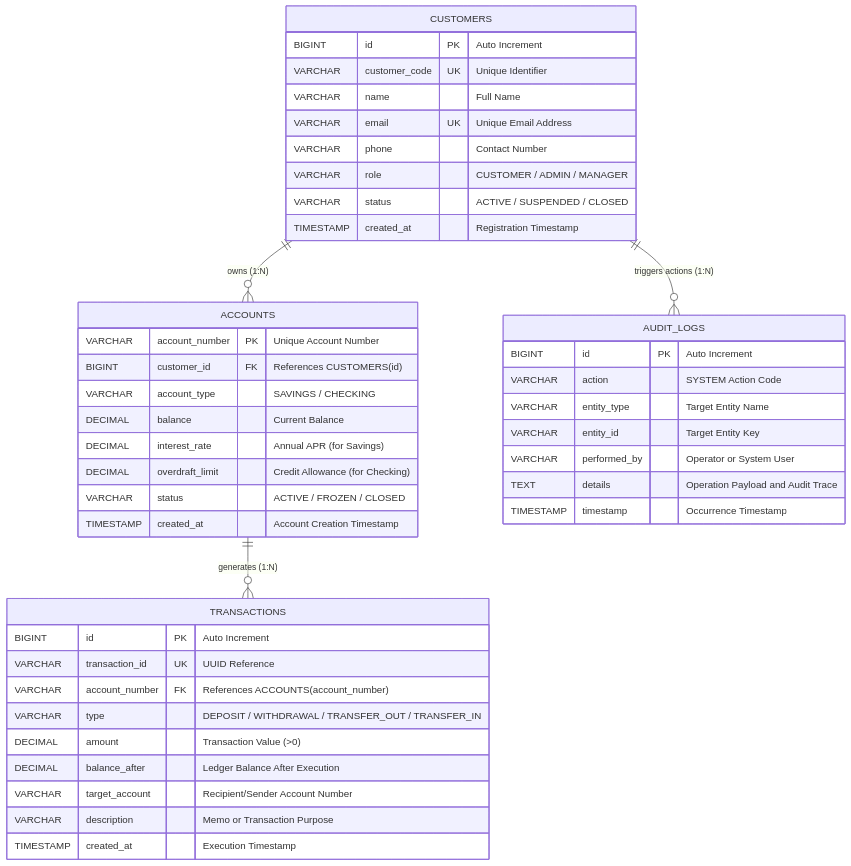
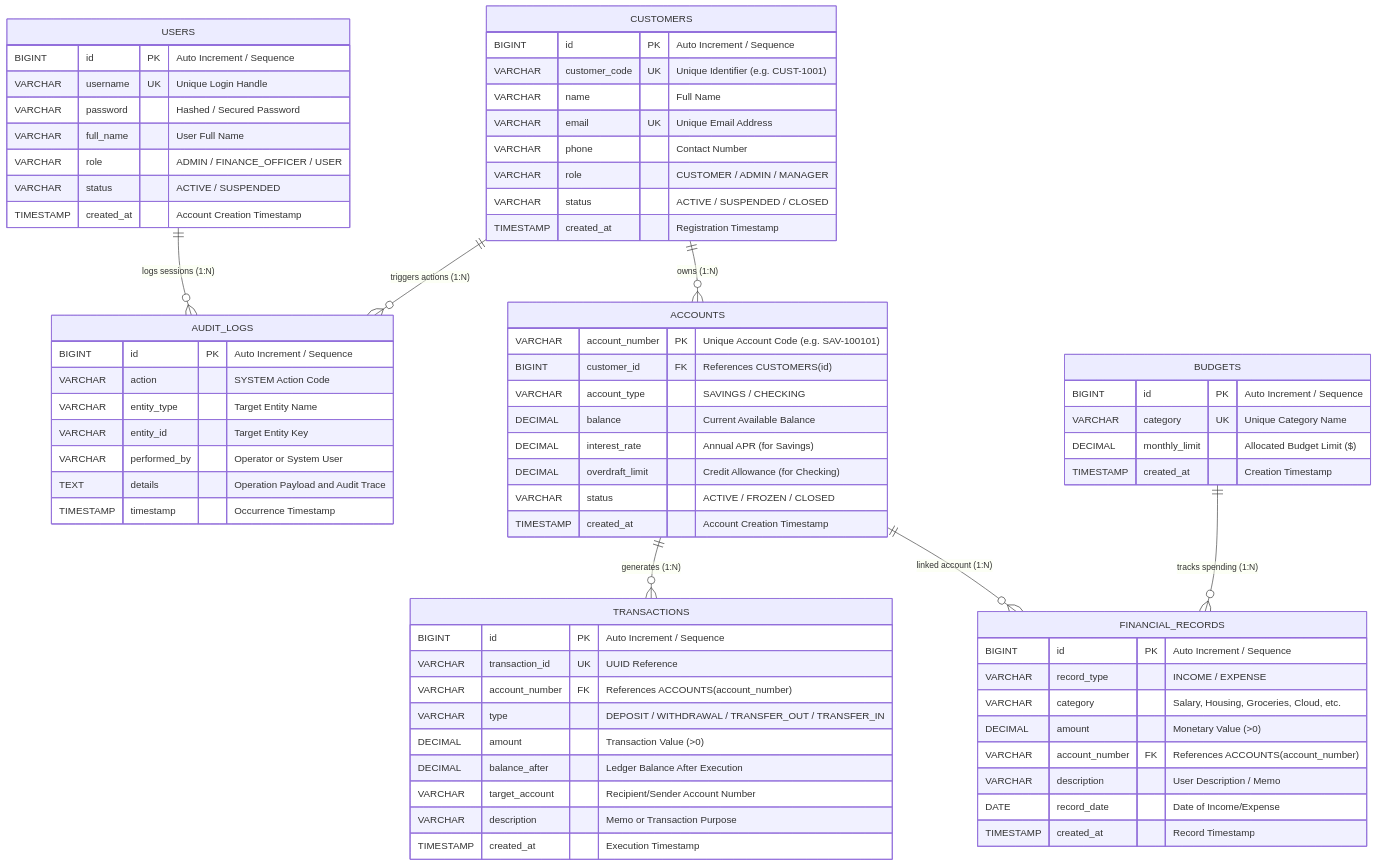
One commit to SmitroniX/FINCORE-OOP-DBMS-CAPSTONE-BANKING-SYSTEM changed the first of 5 diagrams in docs/ERD_AND_UML.md. Above: the diagram before and after it, drawn with Mermaid. The commit also changed other lines of this file and 30 other files, not shown here.

````diff
--- a/docs/ERD_AND_UML.md
+++ b/docs/ERD_AND_UML.md
@@ -20,50 +23,81 @@
 ```mermaid
 erDiagram
+    USERS ||--o{ AUDIT_LOGS : "logs sessions (1:N)"
     CUSTOMERS ||--o{ ACCOUNTS : "owns (1:N)"
     ACCOUNTS ||--o{ TRANSACTIONS : "generates (1:N)"
+    ACCOUNTS ||--o{ FINANCIAL_RECORDS : "linked account (1:N)"
     CUSTOMERS ||--o{ AUDIT_LOGS : "triggers actions (1:N)"
+    BUDGETS ||--o{ FINANCIAL_RECORDS : "tracks spending (1:N)"
+
+    USERS {
+        BIGINT id PK "Auto Increment / Sequence"
+        VARCHAR username UK "Unique Login Handle"
+        VARCHAR password "Hashed / Secured Password"
+        VARCHAR full_name "User Full Name"
+        VARCHAR role "ADMIN / FINANCE_OFFICER / USER"
+        VARCHAR status "ACTIVE / SUSPENDED"
+        TIMESTAMP created_at "Account Creation Timestamp"
+    }
 
     CUSTOMERS {
-        BIGINT id PK "Auto Increment"
-        VARCHAR customer_code UK "Unique Identifier"
+        BIGINT id PK "Auto Increment / Sequence"
+        VARCHAR customer_code UK "Unique Identifier (e.g. CUST-1001)"
         VARCHAR name "Full Name"
         VARCHAR email UK "Unique Email Address"
         VARCHAR phone "Contact Number"
         VARCHAR role "CUSTOMER / ADMIN / MANAGER"
         VARCHAR status "ACTIVE / SUSPENDED / CLOSED"
         TIMESTAMP created_at "Registration Timestamp"
     }
 
     ACCOUNTS {
-        VARCHAR account_number PK "Unique Account Number"
+        VARCHAR account_number PK "Unique Account Code (e.g. SAV-100101)"
         BIGINT customer_id FK "References CUSTOMERS(id)"
         VARCHAR account_type "SAVINGS / CHECKING"
-        DECIMAL balance "Current Balance"
+        DECIMAL balance "Current Available Balance"
         DECIMAL interest_rate "Annual APR (for Savings)"
         DECIMAL overdraft_limit "Credit Allowance (for Checking)"
         VARCHAR status "ACTIVE / FROZEN / CLOSED"
         TIMESTAMP created_at "Account Creation Timestamp"
     }
 
     TRANSACTIONS {
-        BIGINT id PK "Auto Increment"
+        BIGINT id PK "Auto Increment / Sequence"
         VARCHAR transaction_id UK "UUID Reference"
         VARCHAR account_number FK "References ACCOUNTS(account_number)"
         VARCHAR type "DEPOSIT / WITHDRAWAL / TRANSFER_OUT / TRANSFER_IN"
         DECIMAL amount "Transaction Value (>0)"
         DECIMAL balance_after "Ledger Balance After Execution"
         VARCHAR target_account "Recipient/Sender Account Number"
         VARCHAR description "Memo or Transaction Purpose"
         TIMESTAMP created_at "Execution Timestamp"
     }
 
+    FINANCIAL_RECORDS {
+        BIGINT id PK "Auto Increment / Sequence"
+        VARCHAR record_type "INCOME / EXPENSE"
+        VARCHAR category "Salary, Housing, Groceries, Cloud, etc."
+        DECIMAL amount "Monetary Value (>0)"
+        VARCHAR account_number FK "References ACCOUNTS(account_number)"
+        VARCHAR description "User Description / Memo"
+        DATE record_date "Date of Income/Expense"
+        TIMESTAMP created_at "Record Timestamp"
+    }
+
+    BUDGETS {
+        BIGINT id PK "Auto Increment / Sequence"
+        VARCHAR category UK "Unique Category Name"
+        DECIMAL monthly_limit "Allocated Budget Limit ($)"
+        TIMESTAMP created_at "Creation Timestamp"
+    }
+
     AUDIT_LOGS {
-        BIGINT id PK "Auto Increment"
+        BIGINT id PK "Auto Increment / Sequence"
         VARCHAR action "SYSTEM Action Code"
         VARCHAR entity_type "Target Entity Name"
         VARCHAR entity_id "Target Entity Key"
         VARCHAR performed_by "Operator or System User"
         TEXT details "Operation Payload and Audit Trace"
         TIMESTAMP timestamp "Occurrence Timestamp"
     }
 ```
````
